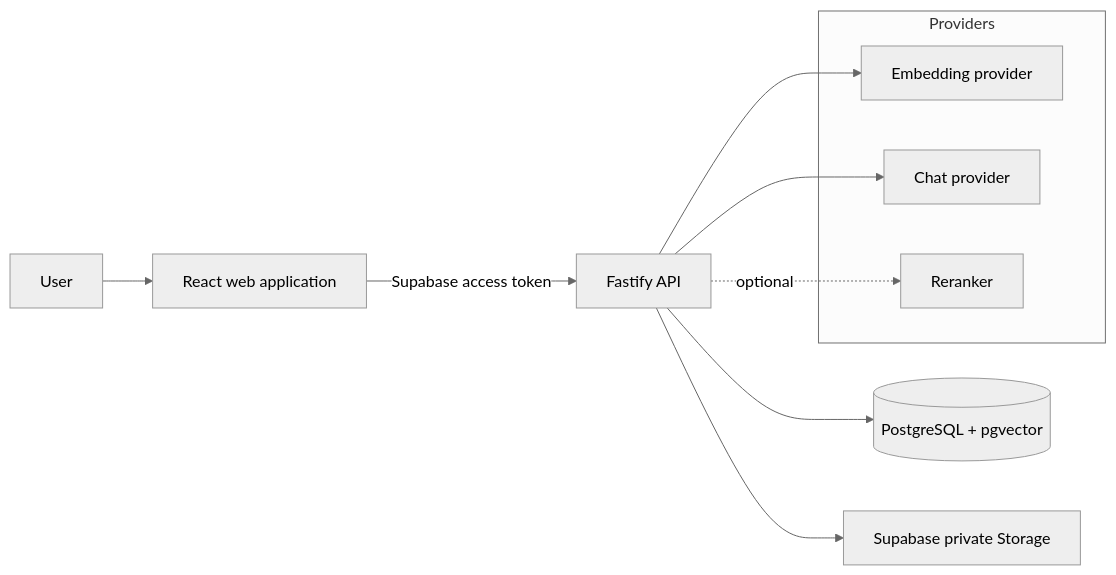
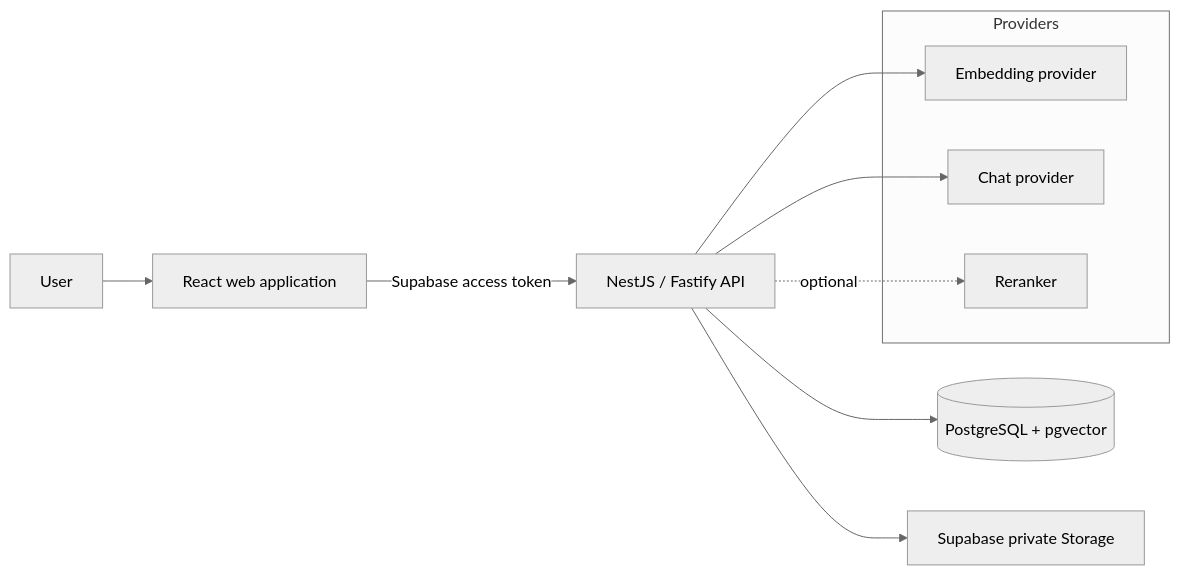
Before and after one commit to willianmesko/rag-study-mvp: the first of 9 diagrams in docs/system-architecture.md, drawn with Mermaid (neutral theme). The commit also changed other lines of this file and 74 other files, not shown here.

Commit message:
Migrate remaining API controllers guards and runtime modules to Nest

````diff
--- a/docs/system-architecture.md
+++ b/docs/system-architecture.md
@@ -17,16 +17,16 @@
 ```mermaid
 flowchart LR
   U[User] --> W[React web application]
-  W -->|Supabase access token| A[Fastify API]
+  W -->|Supabase access token| A[NestJS / Fastify API]
   A --> P[(PostgreSQL + pgvector)]
   A --> S[Supabase private Storage]
   A --> E[Embedding provider]
   A --> L[Chat provider]
   A -. optional .-> R[Reranker]
 
   subgraph Providers
     E
     L
     R
   end
 ```
````
